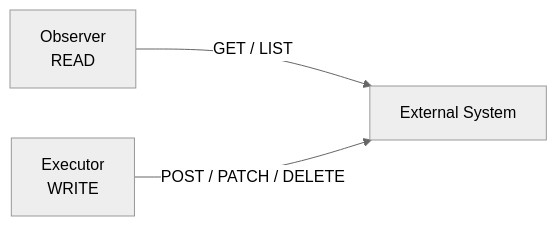
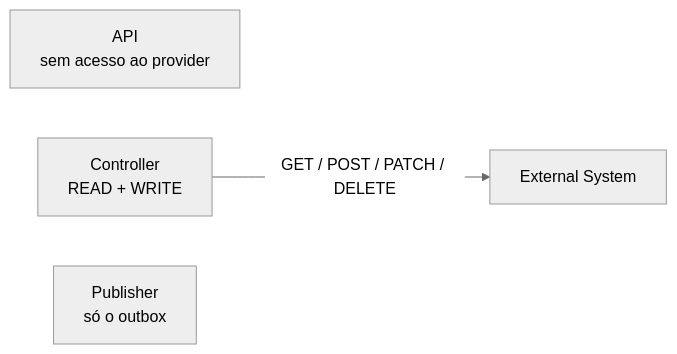
Diagram 14 of 16 in docs/loop/RESOURCE-CONTROL-LOOP.md (danielsabatini/smarkee), drawn with Mermaid (neutral theme) before and after one commit. The commit also changed other lines of this file, not shown here.

````diff
--- a/docs/loop/RESOURCE-CONTROL-LOOP.md
+++ b/docs/loop/RESOURCE-CONTROL-LOOP.md
@@ -1221,10 +1075,9 @@
 ```mermaid
 flowchart LR
 
-    Observer["Observer<br/>READ"]
-    Executor["Executor<br/>WRITE"]
+    API["API<br/>sem acesso ao provider"]
+    Controller["Controller<br/>READ + WRITE"]
+    Publisher["Publisher<br/>só o outbox"]
 
-    Observer -->|"GET / LIST"| External["External System"]
-
-    Executor -->|"POST / PATCH / DELETE"| External
+    Controller -->|"GET / POST / PATCH / DELETE"| External["External System"]
 ```
````
